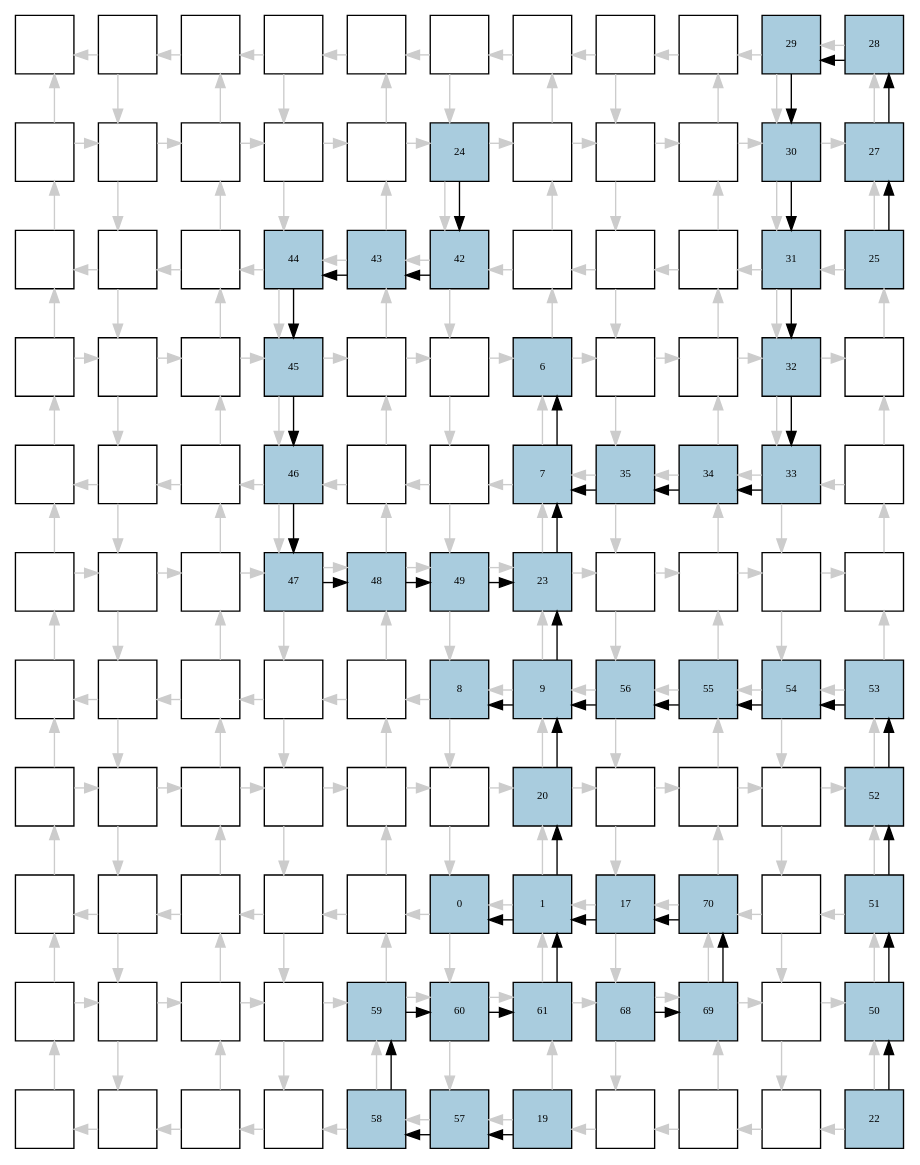
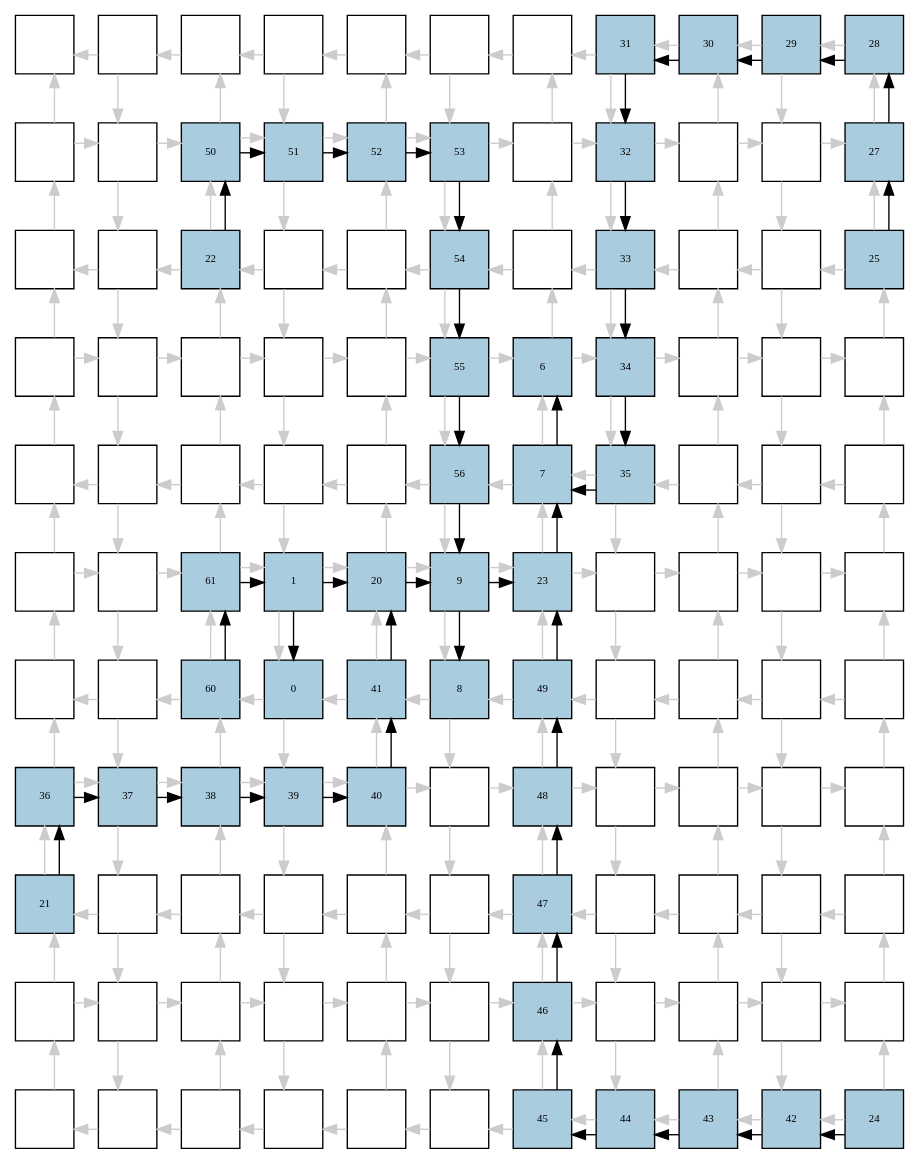
One commit to jeronimopenha/PeR changed the diagram in reports/qca/yott/dot/clpl_inverted_0.dot. Above: the diagram before and after it, drawn with Graphviz. The commit also changed 558 other files, not shown here.

```diff
--- a/reports/qca/yott/dot/clpl_inverted_0.dot
+++ b/reports/qca/yott/dot/clpl_inverted_0.dot
@@ -11,60 +11,60 @@
 4[label="", fontsize=8, fillcolor="#ffffff"];
 5[label="", fontsize=8, fillcolor="#ffffff"];
 6[label="", fontsize=8, fillcolor="#ffffff"];
-7[label="", fontsize=8, fillcolor="#ffffff"];
-8[label="", fontsize=8, fillcolor="#ffffff"];
+7[label="31", fontsize=8, fillcolor="#a9ccde"];
+8[label="30", fontsize=8, fillcolor="#a9ccde"];
 9[label="29", fontsize=8, fillcolor="#a9ccde"];
 10[label="28", fontsize=8, fillcolor="#a9ccde"];
 11[label="", fontsize=8, fillcolor="#ffffff"];
 12[label="", fontsize=8, fillcolor="#ffffff"];
-13[label="", fontsize=8, fillcolor="#ffffff"];
-14[label="", fontsize=8, fillcolor="#ffffff"];
-15[label="", fontsize=8, fillcolor="#ffffff"];
-16[label="24", fontsize=8, fillcolor="#a9ccde"];
+13[label="50", fontsize=8, fillcolor="#a9ccde"];
+14[label="51", fontsize=8, fillcolor="#a9ccde"];
+15[label="52", fontsize=8, fillcolor="#a9ccde"];
+16[label="53", fontsize=8, fillcolor="#a9ccde"];
 17[label="", fontsize=8, fillcolor="#ffffff"];
-18[label="", fontsize=8, fillcolor="#ffffff"];
+18[label="32", fontsize=8, fillcolor="#a9ccde"];
 19[label="", fontsize=8, fillcolor="#ffffff"];
-20[label="30", fontsize=8, fillcolor="#a9ccde"];
+20[label="", fontsize=8, fillcolor="#ffffff"];
 21[label="27", fontsize=8, fillcolor="#a9ccde"];
 22[label="", fontsize=8, fillcolor="#ffffff"];
 23[label="", fontsize=8, fillcolor="#ffffff"];
-24[label="", fontsize=8, fillcolor="#ffffff"];
-25[label="44", fontsize=8, fillcolor="#a9ccde"];
-26[label="43", fontsize=8, fillcolor="#a9ccde"];
-27[label="42", fontsize=8, fillcolor="#a9ccde"];
+24[label="22", fontsize=8, fillcolor="#a9ccde"];
+25[label="", fontsize=8, fillcolor="#ffffff"];
+26[label="", fontsize=8, fillcolor="#ffffff"];
+27[label="54", fontsize=8, fillcolor="#a9ccde"];
 28[label="", fontsize=8, fillcolor="#ffffff"];
-29[label="", fontsize=8, fillcolor="#ffffff"];
+29[label="33", fontsize=8, fillcolor="#a9ccde"];
 30[label="", fontsize=8, fillcolor="#ffffff"];
-31[label="31", fontsize=8, fillcolor="#a9ccde"];
+31[label="", fontsize=8, fillcolor="#ffffff"];
 32[label="25", fontsize=8, fillcolor="#a9ccde"];
 33[label="", fontsize=8, fillcolor="#ffffff"];
 34[label="", fontsize=8, fillcolor="#ffffff"];
 35[label="", fontsize=8, fillcolor="#ffffff"];
-36[label="45", fontsize=8, fillcolor="#a9ccde"];
+36[label="", fontsize=8, fillcolor="#ffffff"];
 37[label="", fontsize=8, fillcolor="#ffffff"];
-38[label="", fontsize=8, fillcolor="#ffffff"];
+38[label="55", fontsize=8, fillcolor="#a9ccde"];
 39[label="6", fontsize=8, fillcolor="#a9ccde"];
-40[label="", fontsize=8, fillcolor="#ffffff"];
+40[label="34", fontsize=8, fillcolor="#a9ccde"];
 41[label="", fontsize=8, fillcolor="#ffffff"];
-42[label="32", fontsize=8, fillcolor="#a9ccde"];
+42[label="", fontsize=8, fillcolor="#ffffff"];
 43[label="", fontsize=8, fillcolor="#ffffff"];
 44[label="", fontsize=8, fillcolor="#ffffff"];
 45[label="", fontsize=8, fillcolor="#ffffff"];
 46[label="", fontsize=8, fillcolor="#ffffff"];
-47[label="46", fontsize=8, fillcolor="#a9ccde"];
+47[label="", fontsize=8, fillcolor="#ffffff"];
 48[label="", fontsize=8, fillcolor="#ffffff"];
-49[label="", fontsize=8, fillcolor="#ffffff"];
+49[label="56", fontsize=8, fillcolor="#a9ccde"];
 50[label="7", fontsize=8, fillcolor="#a9ccde"];
 51[label="35", fontsize=8, fillcolor="#a9ccde"];
-52[label="34", fontsize=8, fillcolor="#a9ccde"];
-53[label="33", fontsize=8, fillcolor="#a9ccde"];
+52[label="", fontsize=8, fillcolor="#ffffff"];
+53[label="", fontsize=8, fillcolor="#ffffff"];
 54[label="", fontsize=8, fillcolor="#ffffff"];
 55[label="", fontsize=8, fillcolor="#ffffff"];
 56[label="", fontsize=8, fillcolor="#ffffff"];
-57[label="", fontsize=8, fillcolor="#ffffff"];
-58[label="47", fontsize=8, fillcolor="#a9ccde"];
-59[label="48", fontsize=8, fillcolor="#a9ccde"];
-60[label="49", fontsize=8, fillcolor="#a9ccde"];
+57[label="61", fontsize=8, fillcolor="#a9ccde"];
+58[label="1", fontsize=8, fillcolor="#a9ccde"];
+59[label="20", fontsize=8, fillcolor="#a9ccde"];
+60[label="9", fontsize=8, fillcolor="#a9ccde"];
 61[label="23", fontsize=8, fillcolor="#a9ccde"];
 62[label="", fontsize=8, fillcolor="#ffffff"];
 63[label="", fontsize=8, fillcolor="#ffffff"];
@@ -72,59 +72,59 @@
 65[label="", fontsize=8, fillcolor="#ffffff"];
 66[label="", fontsize=8, fillcolor="#ffffff"];
 67[label="", fontsize=8, fillcolor="#ffffff"];
-68[label="", fontsize=8, fillcolor="#ffffff"];
-69[label="", fontsize=8, fillcolor="#ffffff"];
-70[label="", fontsize=8, fillcolor="#ffffff"];
+68[label="60", fontsize=8, fillcolor="#a9ccde"];
+69[label="0", fontsize=8, fillcolor="#a9ccde"];
+70[label="41", fontsize=8, fillcolor="#a9ccde"];
 71[label="8", fontsize=8, fillcolor="#a9ccde"];
-72[label="9", fontsize=8, fillcolor="#a9ccde"];
-73[label="56", fontsize=8, fillcolor="#a9ccde"];
-74[label="55", fontsize=8, fillcolor="#a9ccde"];
-75[label="54", fontsize=8, fillcolor="#a9ccde"];
-76[label="53", fontsize=8, fillcolor="#a9ccde"];
-77[label="", fontsize=8, fillcolor="#ffffff"];
-78[label="", fontsize=8, fillcolor="#ffffff"];
-79[label="", fontsize=8, fillcolor="#ffffff"];
-80[label="", fontsize=8, fillcolor="#ffffff"];
-81[label="", fontsize=8, fillcolor="#ffffff"];
+72[label="49", fontsize=8, fillcolor="#a9ccde"];
+73[label="", fontsize=8, fillcolor="#ffffff"];
+74[label="", fontsize=8, fillcolor="#ffffff"];
+75[label="", fontsize=8, fillcolor="#ffffff"];
+76[label="", fontsize=8, fillcolor="#ffffff"];
+77[label="36", fontsize=8, fillcolor="#a9ccde"];
+78[label="37", fontsize=8, fillcolor="#a9ccde"];
+79[label="38", fontsize=8, fillcolor="#a9ccde"];
+80[label="39", fontsize=8, fillcolor="#a9ccde"];
+81[label="40", fontsize=8, fillcolor="#a9ccde"];
 82[label="", fontsize=8, fillcolor="#ffffff"];
-83[label="20", fontsize=8, fillcolor="#a9ccde"];
+83[label="48", fontsize=8, fillcolor="#a9ccde"];
 84[label="", fontsize=8, fillcolor="#ffffff"];
 85[label="", fontsize=8, fillcolor="#ffffff"];
 86[label="", fontsize=8, fillcolor="#ffffff"];
-87[label="52", fontsize=8, fillcolor="#a9ccde"];
-88[label="", fontsize=8, fillcolor="#ffffff"];
+87[label="", fontsize=8, fillcolor="#ffffff"];
+88[label="21", fontsize=8, fillcolor="#a9ccde"];
 89[label="", fontsize=8, fillcolor="#ffffff"];
 90[label="", fontsize=8, fillcolor="#ffffff"];
 91[label="", fontsize=8, fillcolor="#ffffff"];
 92[label="", fontsize=8, fillcolor="#ffffff"];
-93[label="0", fontsize=8, fillcolor="#a9ccde"];
-94[label="1", fontsize=8, fillcolor="#a9ccde"];
-95[label="17", fontsize=8, fillcolor="#a9ccde"];
-96[label="70", fontsize=8, fillcolor="#a9ccde"];
+93[label="", fontsize=8, fillcolor="#ffffff"];
+94[label="47", fontsize=8, fillcolor="#a9ccde"];
+95[label="", fontsize=8, fillcolor="#ffffff"];
+96[label="", fontsize=8, fillcolor="#ffffff"];
 97[label="", fontsize=8, fillcolor="#ffffff"];
-98[label="51", fontsize=8, fillcolor="#a9ccde"];
+98[label="", fontsize=8, fillcolor="#ffffff"];
 99[label="", fontsize=8, fillcolor="#ffffff"];
 100[label="", fontsize=8, fillcolor="#ffffff"];
 101[label="", fontsize=8, fillcolor="#ffffff"];
 102[label="", fontsize=8, fillcolor="#ffffff"];
-103[label="59", fontsize=8, fillcolor="#a9ccde"];
-104[label="60", fontsize=8, fillcolor="#a9ccde"];
-105[label="61", fontsize=8, fillcolor="#a9ccde"];
-106[label="68", fontsize=8, fillcolor="#a9ccde"];
-107[label="69", fontsize=8, fillcolor="#a9ccde"];
+103[label="", fontsize=8, fillcolor="#ffffff"];
+104[label="", fontsize=8, fillcolor="#ffffff"];
+105[label="46", fontsize=8, fillcolor="#a9ccde"];
+106[label="", fontsize=8, fillcolor="#ffffff"];
+107[label="", fontsize=8, fillcolor="#ffffff"];
 108[label="", fontsize=8, fillcolor="#ffffff"];
-109[label="50", fontsize=8, fillcolor="#a9ccde"];
+109[label="", fontsize=8, fillcolor="#ffffff"];
 110[label="", fontsize=8, fillcolor="#ffffff"];
 111[label="", fontsize=8, fillcolor="#ffffff"];
 112[label="", fontsize=8, fillcolor="#ffffff"];
 113[label="", fontsize=8, fillcolor="#ffffff"];
-114[label="58", fontsize=8, fillcolor="#a9ccde"];
-115[label="57", fontsize=8, fillcolor="#a9ccde"];
-116[label="19", fontsize=8, fillcolor="#a9ccde"];
-117[label="", fontsize=8, fillcolor="#ffffff"];
-118[label="", fontsize=8, fillcolor="#ffffff"];
-119[label="", fontsize=8, fillcolor="#ffffff"];
-120[label="22", fontsize=8, fillcolor="#a9ccde"];
+114[label="", fontsize=8, fillcolor="#ffffff"];
+115[label="", fontsize=8, fillcolor="#ffffff"];
+116[label="45", fontsize=8, fillcolor="#a9ccde"];
+117[label="44", fontsize=8, fillcolor="#a9ccde"];
+118[label="43", fontsize=8, fillcolor="#a9ccde"];
+119[label="42", fontsize=8, fillcolor="#a9ccde"];
+120[label="24", fontsize=8, fillcolor="#a9ccde"];
 edge [constraint=false, style=vis];
 1 -> 0 [color="#cccccc"];
 1 -> 12 [color="#cccccc"];
@@ -349,47 +349,46 @@
 32 -> 21;
 21 -> 10;
 10 -> 9;
-9 -> 20;
-20 -> 31;
-31 -> 42;
-42 -> 53;
-53 -> 52;
-52 -> 51;
+9 -> 8;
+8 -> 7;
+7 -> 18;
+18 -> 29;
+29 -> 40;
+40 -> 51;
 51 -> 50;
 61 -> 50;
+88 -> 77;
+77 -> 78;
+78 -> 79;
+79 -> 80;
+80 -> 81;
+81 -> 70;
+70 -> 59;
+58 -> 59;
+120 -> 119;
+119 -> 118;
+118 -> 117;
+117 -> 116;
+116 -> 105;
+105 -> 94;
 94 -> 83;
+83 -> 72;
+72 -> 61;
+60 -> 61;
+24 -> 13;
+13 -> 14;
+14 -> 15;
+15 -> 16;
 16 -> 27;
-27 -> 26;
-26 -> 25;
-25 -> 36;
-36 -> 47;
-47 -> 58;
-58 -> 59;
+27 -> 38;
+38 -> 49;
+49 -> 60;
 59 -> 60;
-60 -> 61;
-72 -> 61;
-120 -> 109;
-109 -> 98;
-98 -> 87;
-87 -> 76;
-76 -> 75;
-75 -> 74;
-74 -> 73;
-73 -> 72;
-83 -> 72;
-116 -> 115;
-115 -> 114;
-114 -> 103;
-103 -> 104;
-104 -> 105;
-105 -> 94;
-95 -> 94;
-94 -> 93;
-106 -> 107;
-107 -> 96;
-96 -> 95;
+68 -> 57;
+57 -> 58;
+58 -> 69;
 50 -> 39;
-72 -> 71;
+60 -> 71;
 edge [constraint=true, style=invis];
 0 -> 11 -> 22 -> 33 -> 44 -> 55 -> 66 -> 77 -> 88 -> 99 -> 110;
 1 -> 12 -> 23 -> 34 -> 45 -> 56 -> 67 -> 78 -> 89 -> 100 -> 111;
```
